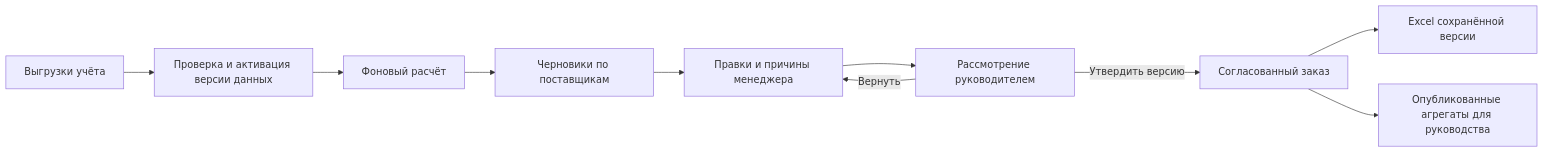
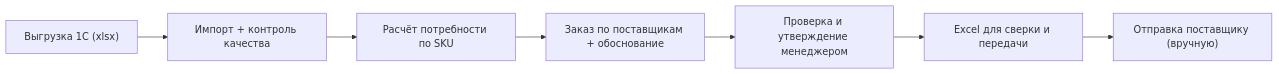
One commit to BAITC-Hacks/hack-a84ff6d0-hubtech changed the third of 3 diagrams in docs/КОНЦЕПЦИЯ_СИСТЕМЫ_РК.md. Above: the diagram before and after it, drawn with Mermaid. The commit also changed other lines of this file and 15 other files, not shown here.

````diff
--- a/docs/КОНЦЕПЦИЯ_СИСТЕМЫ_РК.md
+++ b/docs/КОНЦЕПЦИЯ_СИСТЕМЫ_РК.md
@@ -35,12 +63,9 @@
 ```mermaid
 flowchart LR
-    X["Выгрузки учёта"] --> V["Проверка и активация версии данных"]
-    V --> C["Фоновый расчёт"]
-    C --> D["Черновики по поставщикам"]
-    D --> E["Правки и причины менеджера"]
-    E --> R["Рассмотрение руководителем"]
-    R -->|Вернуть| E
-    R -->|Утвердить версию| A["Согласованный заказ"]
-    A --> F["Excel сохранённой версии"]
-    A --> M["Опубликованные агрегаты для руководства"]
+    A["Выгрузка 1С (xlsx)"] --> B["Импорт + контроль качества"]
+    B --> C["Расчёт потребности по SKU"]
+    C --> D["Заказ по поставщикам + обоснование"]
+    D --> E["Проверка и утверждение менеджером"]
+    E --> F["Excel для сверки и передачи"]
+    F --> G["Отправка поставщику (вручную)"]
 ```
````
